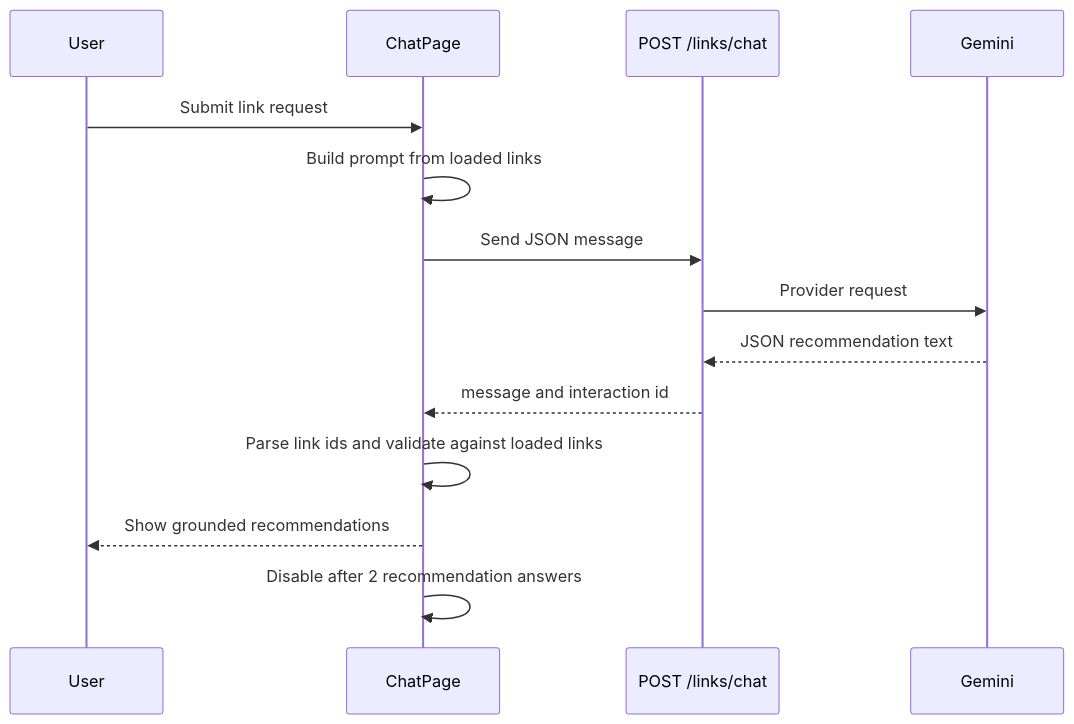
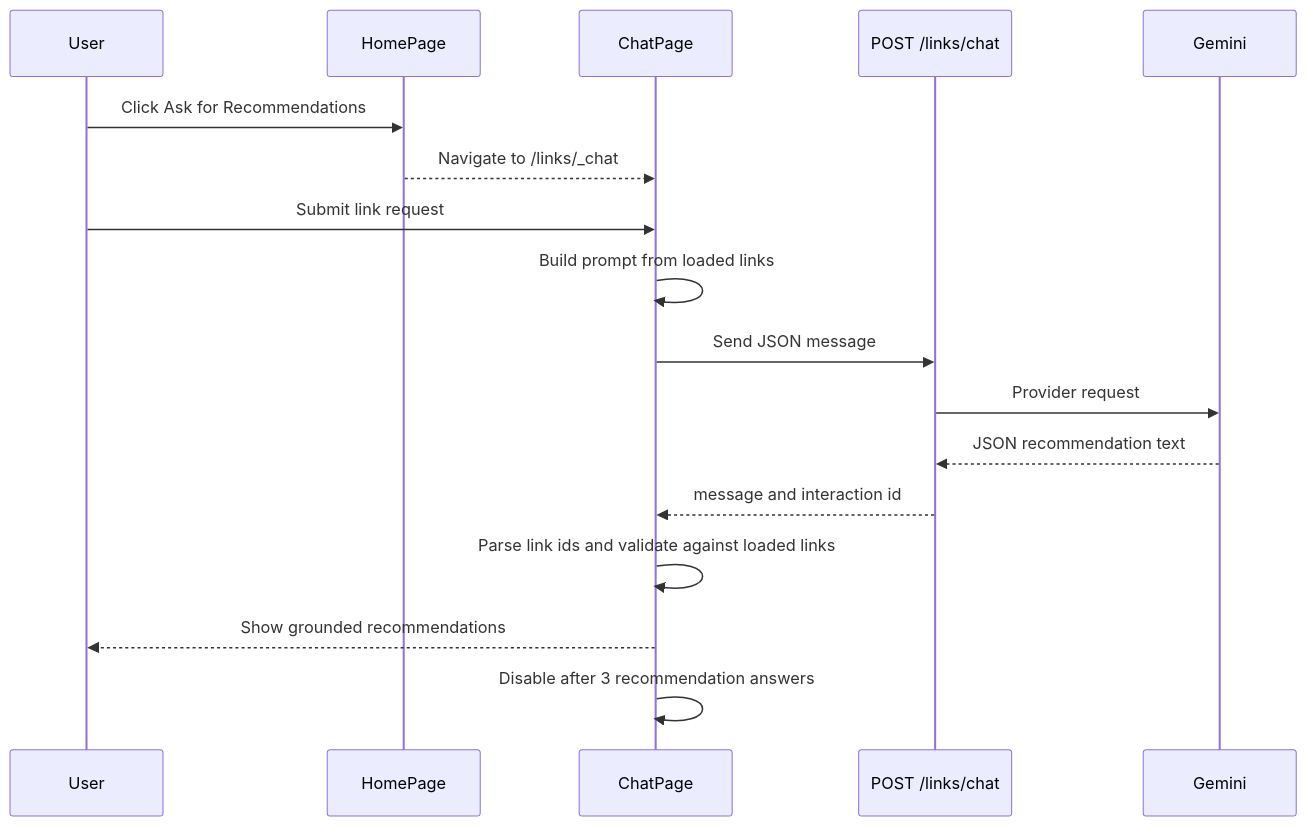
One commit to johnpfeiffer/links-app changed the second of 2 diagrams in architecture.md. Above: the diagram before and after it, drawn with Mermaid. The commit also changed other lines of this file and 14 other files, not shown here.

````diff
--- a/architecture.md
+++ b/architecture.md
@@ -26,17 +27,20 @@
 ```mermaid
 sequenceDiagram
   participant User
+  participant HomePage
   participant ChatPage
   participant Worker as POST /links/chat
   participant Gemini
 
+  User->>HomePage: Click Ask for Recommendations
+  HomePage-->>ChatPage: Navigate to /links/_chat
   User->>ChatPage: Submit link request
   ChatPage->>ChatPage: Build prompt from loaded links
   ChatPage->>Worker: Send JSON message
   Worker->>Gemini: Provider request
   Gemini-->>Worker: JSON recommendation text
   Worker-->>ChatPage: message and interaction id
   ChatPage->>ChatPage: Parse link ids and validate against loaded links
   ChatPage-->>User: Show grounded recommendations
-  ChatPage->>ChatPage: Disable after 2 recommendation answers
+  ChatPage->>ChatPage: Disable after 3 recommendation answers
 ```
````
